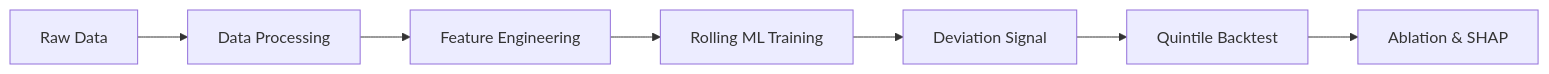
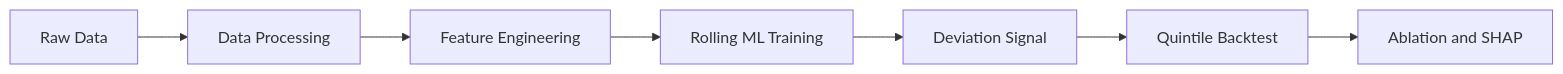
The first of 2 diagrams in README.md (cchenzhaojing/event-driven-alpha), drawn with Mermaid before and after one commit. The commit also changed other lines of this file, not shown here.

Commit message:
Fix Mermaid diagrams for GitHub rendering

````diff
--- a/README.md
+++ b/README.md
@@ -53,9 +53,9 @@
 ```mermaid
 flowchart LR
     A[Raw Data] --> B[Data Processing]
     B --> C[Feature Engineering]
     C --> D[Rolling ML Training]
     D --> E[Deviation Signal]
     E --> F[Quintile Backtest]
-    F --> G[Ablation & SHAP]
+    F --> G[Ablation and SHAP]
 ```
````
